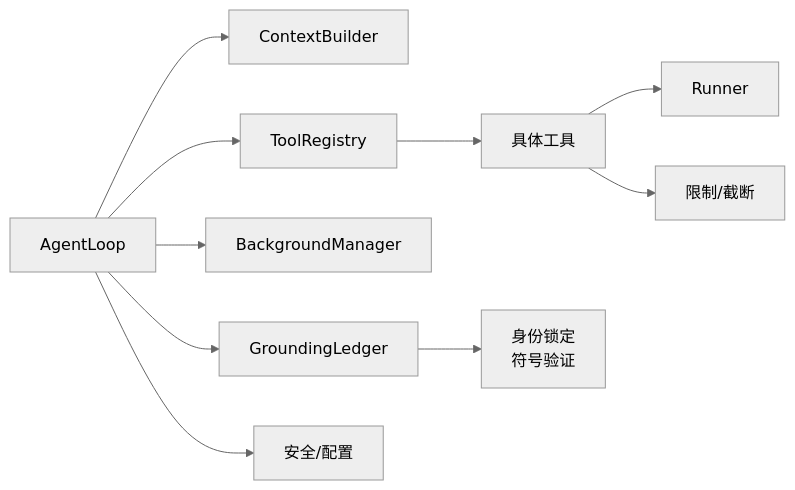
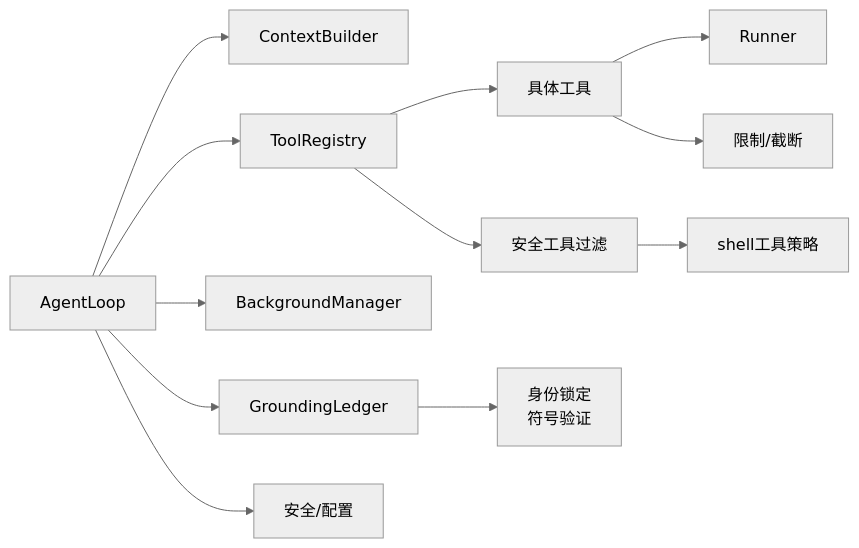
One commit to 20012002er/Vibe-Trading changed the ninth of 10 diagrams in .qoder/repowiki/zh/content/项目概述/核心功能特性/AI代理系统/工具系统/工具执行框架.md. Above: the diagram before and after it, drawn with Mermaid (neutral theme). The commit also changed other lines of this file and 6 other files, not shown here.

````diff
--- a/.qoder/repowiki/zh/content/项目概述/核心功能特性/AI代理系统/工具系统/工具执行框架.md
+++ b/.qoder/repowiki/zh/content/项目概述/核心功能特性/AI代理系统/工具系统/工具执行框架.md
@@ -361,12 +404,14 @@
 ```mermaid
 graph LR
 Loop["AgentLoop"] --> Ctx["ContextBuilder"]
 Loop --> Reg["ToolRegistry"]
 Loop --> BG["BackgroundManager"]
 Loop --> GL["GroundingLedger"]
 Reg --> Tools["具体工具"]
+Reg --> SecFilter["安全工具过滤"]
 Tools --> Run["Runner"]
 Loop --> Sec["安全/配置"]
 Tools --> Lim["限制/截断"]
 GL --> Auth["身份锁定<br/>符号验证"]
+SecFilter --> ShellPolicy["shell工具策略"]
 ```
````
